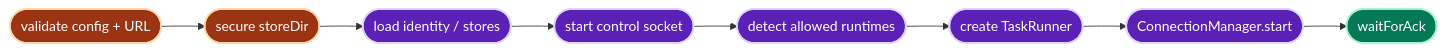
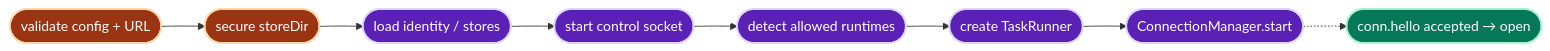
Before and after one commit to Ancienttwo/byok-sdk: the seventh of 21 diagrams in docs/architecture/sdk-architecture.md, drawn with Mermaid. The commit also changed other lines of this file and 2 other files, not shown here.

Commit message:
docs: drop waitForAck from the startup diagram and note submitted tasks have no per-task events (#925)

````diff
--- a/docs/architecture/sdk-architecture.md
+++ b/docs/architecture/sdk-architecture.md
@@ -654,17 +654,17 @@
 ```mermaid
 flowchart LR
   classDef stage fill:#5b21b6,stroke:#ddd6fe,stroke-width:2px,color:#fff
   classDef gate fill:#9a3412,stroke:#fed7aa,stroke-width:2px,color:#fff
   classDef done fill:#047857,stroke:#a7f3d0,stroke-width:2px,color:#fff
 
   Config(["validate config + URL"]):::gate
   Secure(["secure storeDir"]):::gate
   Local(["load identity / stores"]):::stage
   Control(["start control socket"]):::stage
   Detect(["detect allowed runtimes"]):::stage
   Runner(["create TaskRunner"]):::stage
   Connect(["ConnectionManager.start"]):::stage
-  Ack(["waitForAck"]):::done
+  Open(["conn.hello accepted → open"]):::done
 
-  Config --> Secure --> Local --> Control --> Detect --> Runner --> Connect --> Ack
+  Config --> Secure --> Local --> Control --> Detect --> Runner --> Connect -.-> Open
 ```
````
